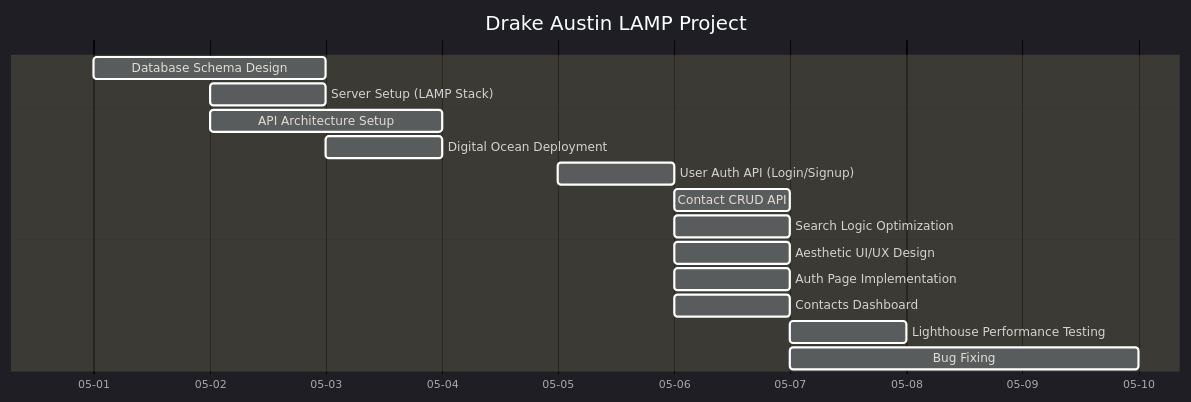
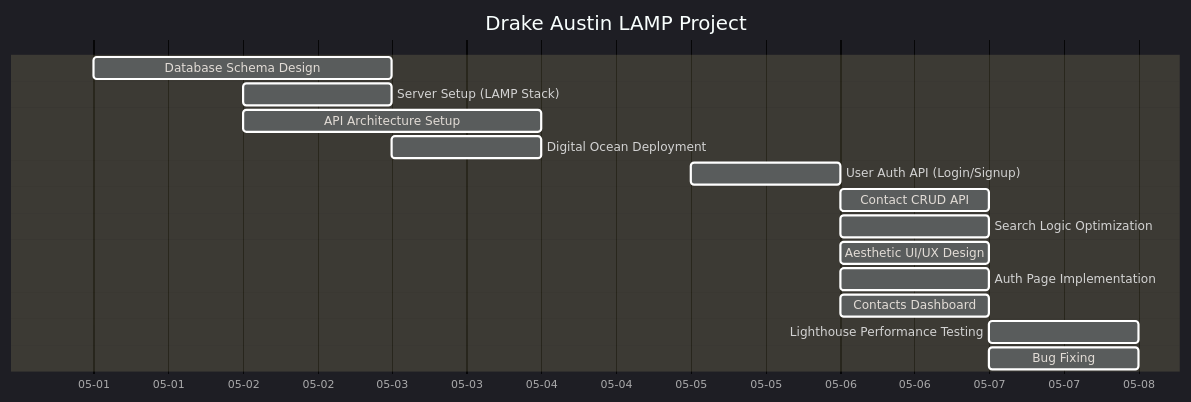
Before and after one commit to daustin305/LAMP_Project: the diagram in Gantt.md, drawn with Mermaid.

Commit message:
Reduce bug fixing duration

````diff
--- a/Gantt.md
+++ b/Gantt.md
@@ -3,25 +3,25 @@
 ```mermaid
 %%{init: {'theme': 'dark'}}%%
 gantt
     title Drake Austin LAMP Project
     dateFormat  YYYY-MM-DD
     axisFormat  %m-%d
 
     Database Schema Design        :da1, 2026-05-01, 2d
     
     Server Setup (LAMP Stack)     :des2, 2026-05-02, 1d
     API Architecture Setup        :des3, 2026-05-02, 2d
     Digital Ocean Deployment      :des4, after des2, 1d
 
     User Auth API (Login/Signup)  :api1, 2026-05-05, 1d
     Contact CRUD API              :api2, after api1, 1d
     Search Logic Optimization     :api3, after api1, 1d
 
     Aesthetic UI/UX Design        :ui1, 2026-05-06, 1d
     Auth Page Implementation      :ui2, 2026-05-06, 1d
     Contacts Dashboard            :ui3, 2026-05-06, 1d
 
     Lighthouse Performance Testing :qa2, after ui1, 1d
-    Bug Fixing                    :qa3, after ui1, 3d
+    Bug Fixing                    :qa3, after ui1, 1d
 
 ```
````
